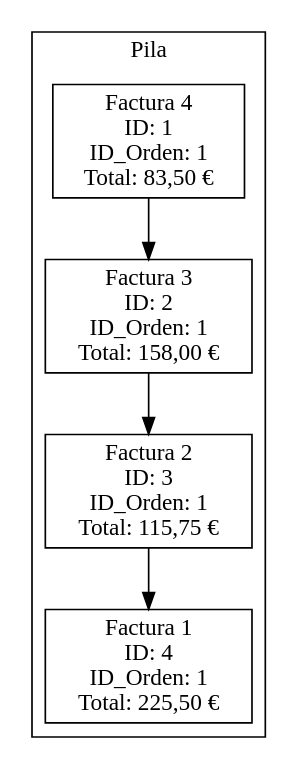
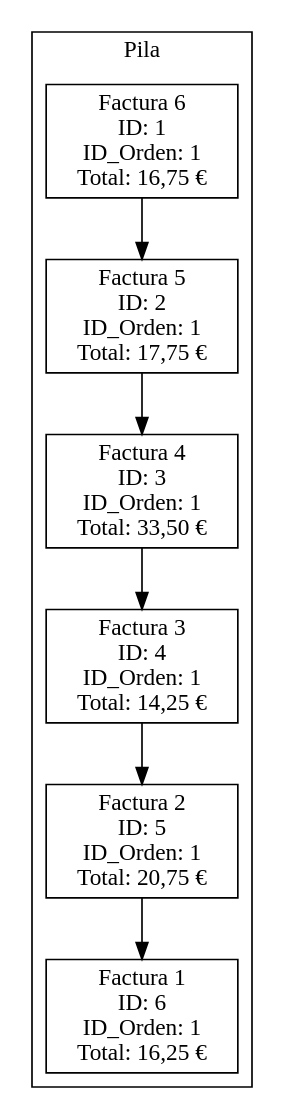
Before and after one commit to Farot30/-EDD-1S2025_202307820: the diagram in Fase#1/Graficas/Pila.dot, drawn with Graphviz. The commit also changed 26 other files, not shown here.

```diff
--- a/Fase#1/Graficas/Pila.dot
+++ b/Fase#1/Graficas/Pila.dot
@@ -1,14 +1,18 @@
 digraph G {
     node [shape=record];
     rankdir=TB;
     subgraph cluster_0 {
         label = "Pila";
-    node0 [label = "{Factura 1\nID: 4\nID_Orden: 1\nTotal: 225,50 €}"];
-    node1 [label = "{Factura 2\nID: 3\nID_Orden: 1\nTotal: 115,75 €}"];
-    node2 [label = "{Factura 3\nID: 2\nID_Orden: 1\nTotal: 158,00 €}"];
-    node3 [label = "{Factura 4\nID: 1\nID_Orden: 1\nTotal: 83,50 €}"];
+    node0 [label = "{Factura 1\nID: 6\nID_Orden: 1\nTotal: 16,25 €}"];
+    node1 [label = "{Factura 2\nID: 5\nID_Orden: 1\nTotal: 20,75 €}"];
+    node2 [label = "{Factura 3\nID: 4\nID_Orden: 1\nTotal: 14,25 €}"];
+    node3 [label = "{Factura 4\nID: 3\nID_Orden: 1\nTotal: 33,50 €}"];
+    node4 [label = "{Factura 5\nID: 2\nID_Orden: 1\nTotal: 17,75 €}"];
+    node5 [label = "{Factura 6\nID: 1\nID_Orden: 1\nTotal: 16,75 €}"];
     node1 -> node0;
     node2 -> node1;
     node3 -> node2;
+    node4 -> node3;
+    node5 -> node4;
     }
 }
```
